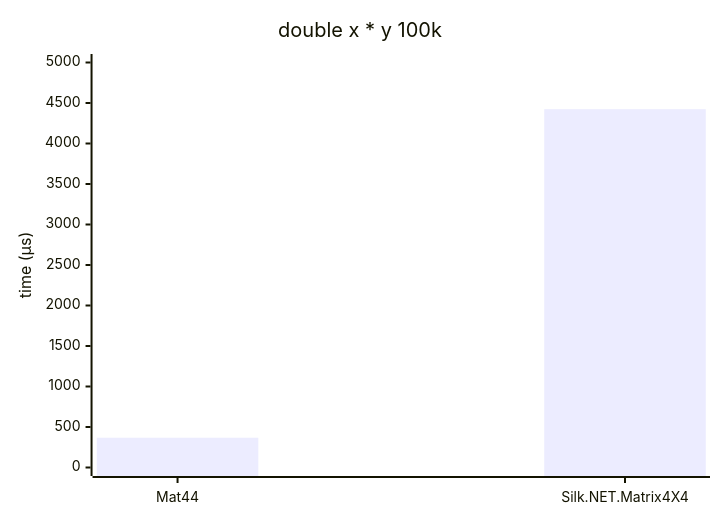
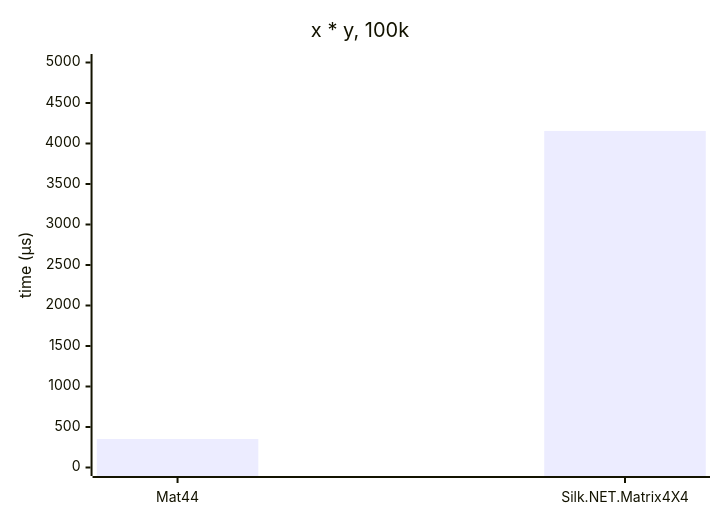
One commit to malstraem/generic-simd-numerics changed the diagram in reports/mat44-f64-multiply.md. Above: the diagram before and after it, drawn with Mermaid. The commit also changed other lines of this file and 6 other files, not shown here.

````diff
--- a/reports/mat44-f64-multiply.md
+++ b/reports/mat44-f64-multiply.md
@@ -5,7 +5,7 @@
 ```mermaid
 xychart
-    title "double x * y 100k"
+    title "x * y, 100k"
     x-axis [Mat44, Silk.NET.Matrix4X4]
     y-axis "time (μs)" 0 --> 5000
-    bar [367.4, 4424]
+    bar [352, 4155]
 ```
````
